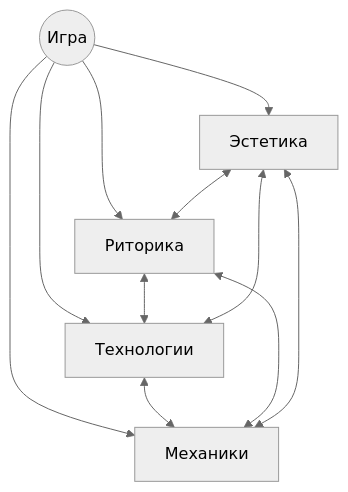
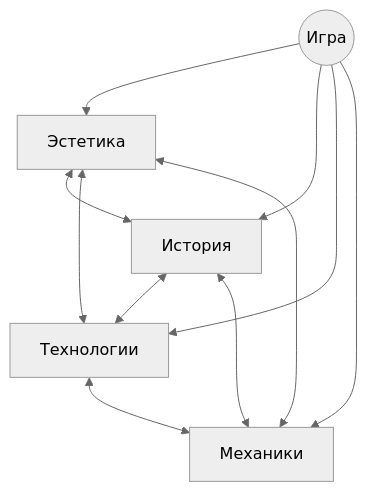
Before and after one commit to TrEtLiz/prepod: the diagram in prepod/lec1.md, drawn with Mermaid (neutral theme).

````diff
--- a/prepod/lec1.md
+++ b/prepod/lec1.md
@@ -187,24 +187,27 @@
 ```mermaid
 flowchart TB
     %% Центр
     C((Игра))
 
     %% Четыре направления
     A[Эстетика]
-    R[Риторика]
+    R[История]
     T[Технологии]
     M[Механики]
 
     %% Расположение
-    C --> A
-    C --> R
-    C --> T
-    C --> M
-
     A <--> R
     R <--> T
     T <--> M
     M <--> A
     A <--> T
     R <--> M
+
+    
+    C --> A
+    C --> R
+    C --> T
+    C --> M
+
+    
 ```
````
